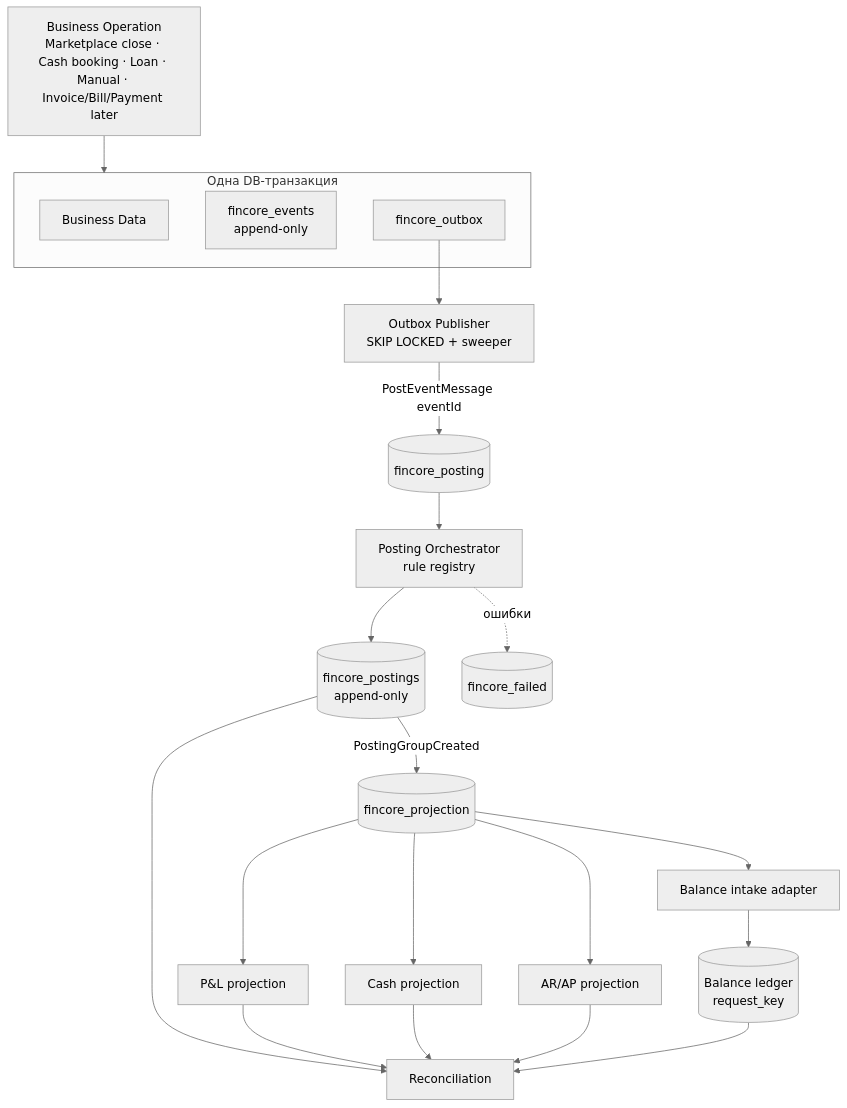
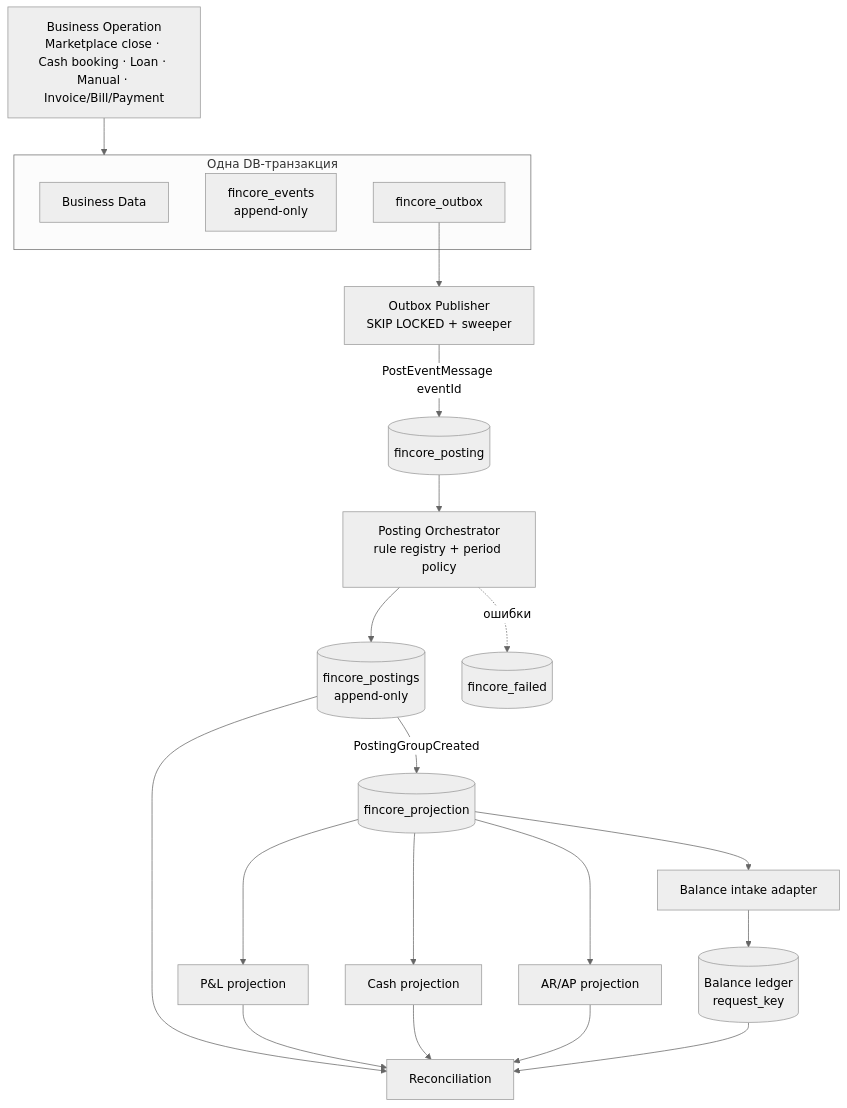
The diagram in docs/financial-core/04-target-architecture.md (pavelsur07/app-service-finance), drawn with Mermaid (neutral theme) before and after one commit. The commit also changed other lines of this file and 14 other files, not shown here.

````diff
--- a/docs/financial-core/04-target-architecture.md
+++ b/docs/financial-core/04-target-architecture.md
@@ -8,26 +8,26 @@
 ```mermaid
 flowchart TB
-  BO[Business Operation<br/>Marketplace close · Cash booking · Loan · Manual · Invoice/Bill/Payment later]
+  BO[Business Operation<br/>Marketplace close · Cash booking · Loan · Manual · Invoice/Bill/Payment]
   subgraph TX[Одна DB-транзакция]
     BD[Business Data]
     EV[fincore_events<br/>append-only]
     OB[fincore_outbox]
   end
   BO --> TX
   OB --> PUB[Outbox Publisher<br/>SKIP LOCKED + sweeper]
   PUB -->|PostEventMessage eventId| Q1[(fincore_posting)]
-  Q1 --> ORCH[Posting Orchestrator<br/>rule registry]
+  Q1 --> ORCH[Posting Orchestrator<br/>rule registry + period policy]
   ORCH --> PST[(fincore_postings<br/>append-only)]
   PST -->|PostingGroupCreated| Q2[(fincore_projection)]
   Q2 --> PNL[P&L projection]
   Q2 --> CSH[Cash projection]
   Q2 --> ARAP[AR/AP projection]
   Q2 --> BALI[Balance intake adapter]
   BALI --> BAL[(Balance ledger<br/>request_key)]
   PST --> REC[Reconciliation]
   PNL --> REC
   CSH --> REC
   ARAP --> REC
   BAL --> REC
   ORCH -. ошибки .-> DLQ[(fincore_failed)]
 ```
````
